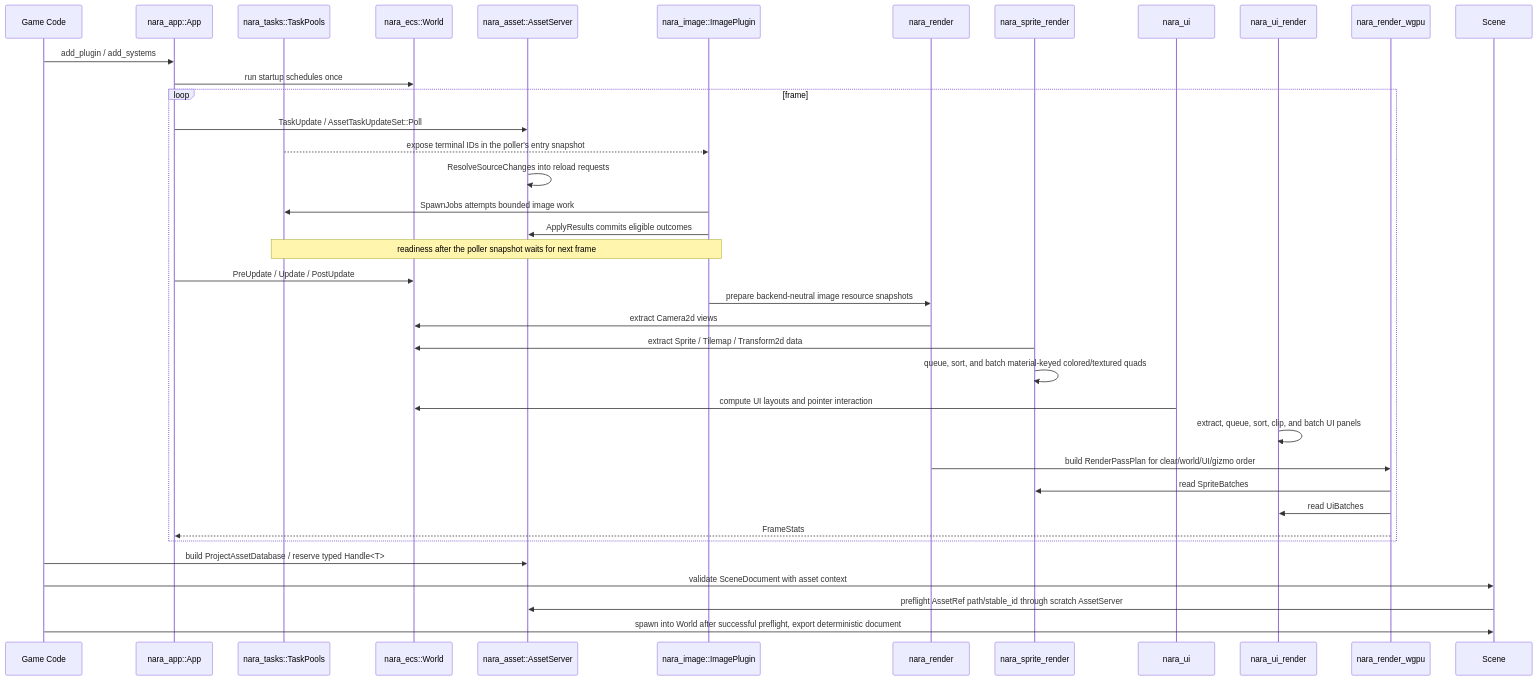
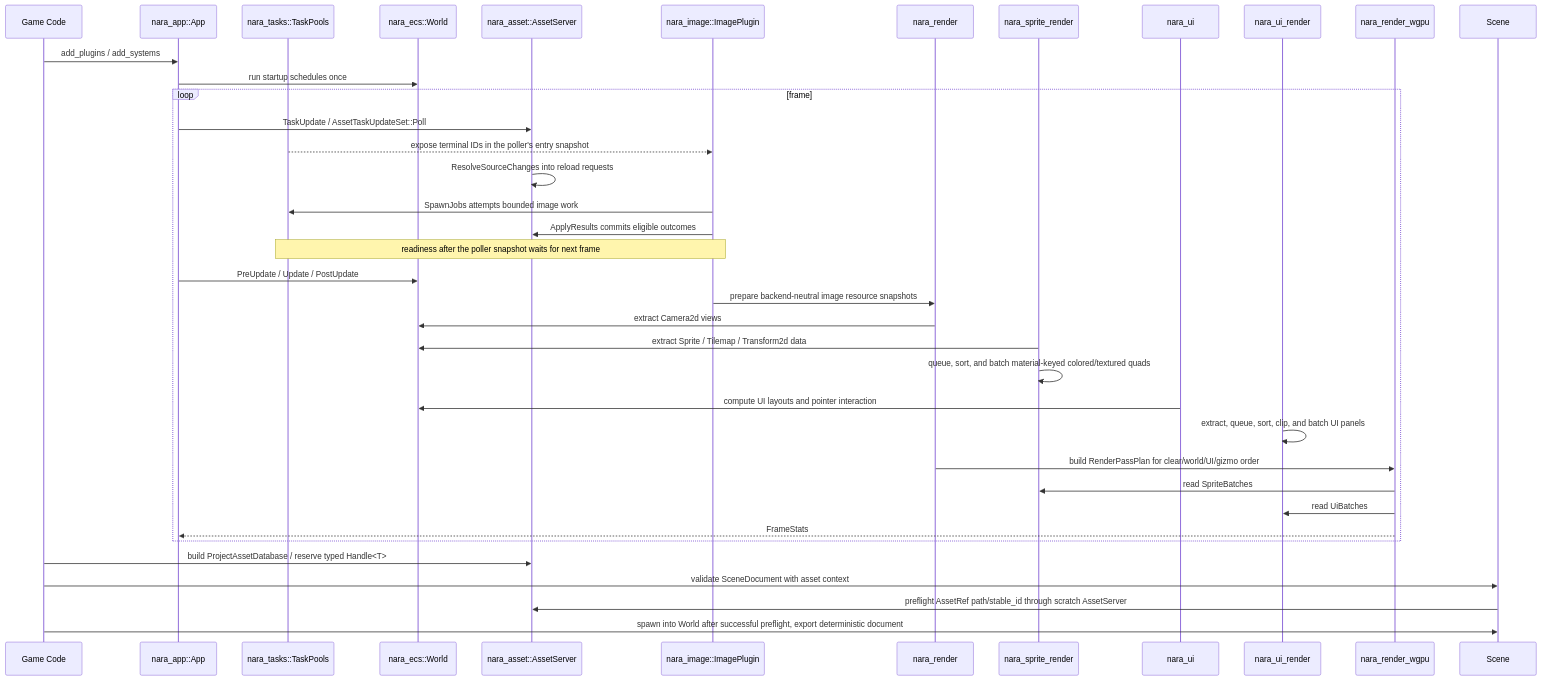
The second of 2 diagrams in docs/architecture/nara-foundation.md (Latias94/nara), drawn with Mermaid before and after one commit. The commit also changed other lines of this file and 13 other files, not shown here.

First line of the commit message:
docs(architecture): close plugin composition contract

````diff
--- a/docs/architecture/nara-foundation.md
+++ b/docs/architecture/nara-foundation.md
@@ -168,40 +168,40 @@
 ```mermaid
 sequenceDiagram
     participant Game as Game Code
     participant App as nara_app::App
     participant Tasks as nara_tasks::TaskPools
     participant ECS as nara_ecs::World
     participant Asset as nara_asset::AssetServer
     participant Image as nara_image::ImagePlugin
     participant Render as nara_render
     participant SpriteRender as nara_sprite_render
     participant Ui as nara_ui
     participant UiRender as nara_ui_render
     participant Wgpu as nara_render_wgpu
 
-    Game->>App: add_plugin / add_systems
+    Game->>App: add_plugins / add_systems
     App->>ECS: run startup schedules once
     loop frame
         App->>Asset: TaskUpdate / AssetTaskUpdateSet::Poll
         Tasks-->>Image: expose terminal IDs in the poller's entry snapshot
         Asset->>Asset: ResolveSourceChanges into reload requests
         Image->>Tasks: SpawnJobs attempts bounded image work
         Image->>Asset: ApplyResults commits eligible outcomes
         Note over Tasks,Image: readiness after the poller snapshot waits for next frame
         App->>ECS: PreUpdate / Update / PostUpdate
         Image->>Render: prepare backend-neutral image resource snapshots
         Render->>ECS: extract Camera2d views
         SpriteRender->>ECS: extract Sprite / Tilemap / Transform2d data
         SpriteRender->>SpriteRender: queue, sort, and batch material-keyed colored/textured quads
         Ui->>ECS: compute UI layouts and pointer interaction
         UiRender->>UiRender: extract, queue, sort, clip, and batch UI panels
         Render->>Wgpu: build RenderPassPlan for clear/world/UI/gizmo order
         Wgpu->>SpriteRender: read SpriteBatches
         Wgpu->>UiRender: read UiBatches
         Wgpu-->>App: FrameStats
     end
     Game->>Asset: build ProjectAssetDatabase / reserve typed Handle<T>
     Game->>Scene: validate SceneDocument with asset context
     Scene->>Asset: preflight AssetRef path/stable_id through scratch AssetServer
     Game->>Scene: spawn into World after successful preflight, export deterministic document
 ```
````
